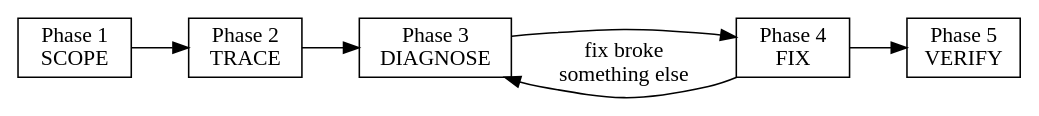
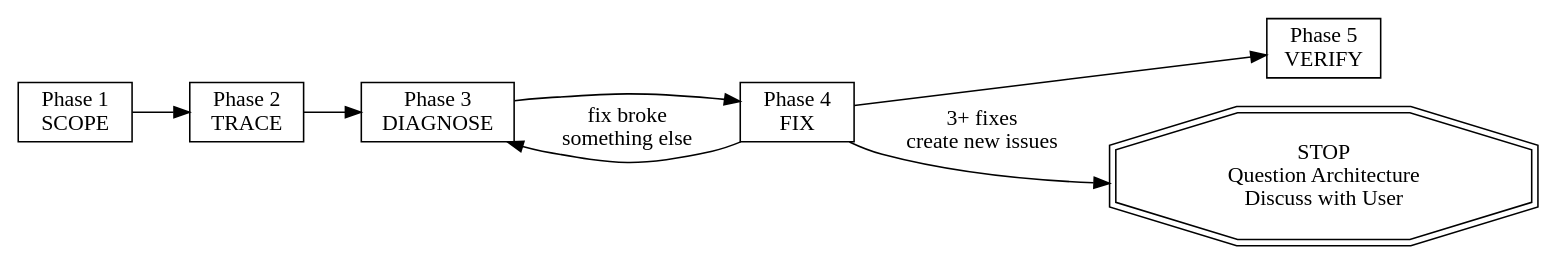
One commit to avinashchby/skillpacks changed the second of 2 diagrams in plugins/focused-fix/SKILL.md. Above: the diagram before and after it, drawn with Graphviz. The commit also changed other lines of this file, not shown here.

````diff
--- a/plugins/focused-fix/SKILL.md
+++ b/plugins/focused-fix/SKILL.md
@@ -43,13 +53,15 @@
 ```dot
 digraph phases {
     rankdir=LR;
     SCOPE [shape=box, label="Phase 1\nSCOPE"];
     TRACE [shape=box, label="Phase 2\nTRACE"];
     DIAGNOSE [shape=box, label="Phase 3\nDIAGNOSE"];
     FIX [shape=box, label="Phase 4\nFIX"];
     VERIFY [shape=box, label="Phase 5\nVERIFY"];
 
     SCOPE -> TRACE -> DIAGNOSE -> FIX -> VERIFY;
     FIX -> DIAGNOSE [label="fix broke\nsomething else"];
+    FIX -> ESCALATE [label="3+ fixes\ncreate new issues"];
+    ESCALATE [shape=doubleoctagon, label="STOP\nQuestion Architecture\nDiscuss with User"];
 }
 ```
````
